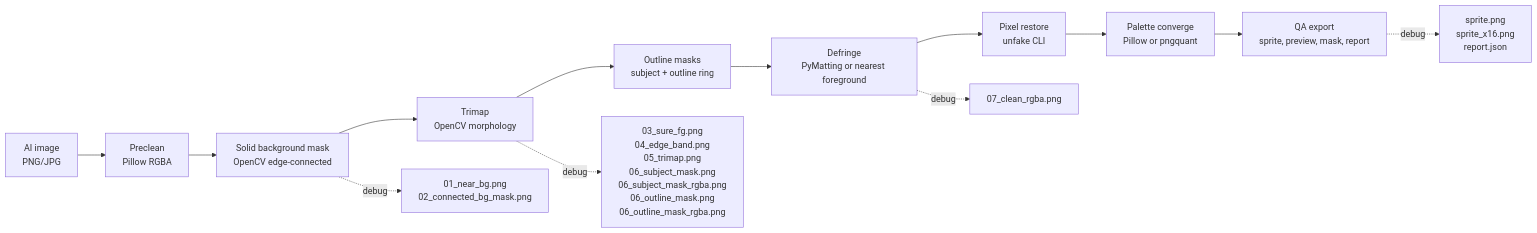
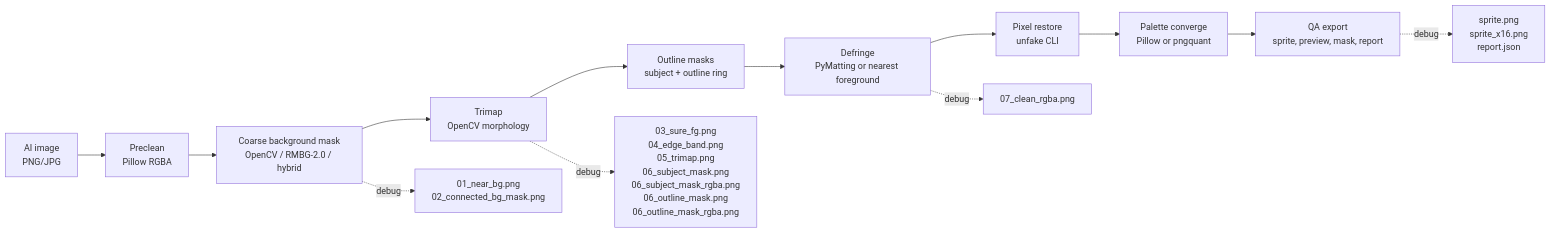
Before and after one commit to AFindex/perfect-pixel: the diagram in workflow.md, drawn with Mermaid. The commit also changed other lines of this file and 13 other files, not shown here.

Commit message:
Integrate RMBG-2.0 mask provider

````diff
--- a/workflow.md
+++ b/workflow.md
@@ -3,16 +3,16 @@
 ```mermaid
 flowchart LR
   A["AI image<br/>PNG/JPG"] --> B["Preclean<br/>Pillow RGBA"]
-  B --> C["Solid background mask<br/>OpenCV edge-connected"]
+  B --> C["Coarse background mask<br/>OpenCV / RMBG-2.0 / hybrid"]
   C --> D["Trimap<br/>OpenCV morphology"]
   D --> M["Outline masks<br/>subject + outline ring"]
   M --> E["Defringe<br/>PyMatting or nearest foreground"]
   E --> F["Pixel restore<br/>unfake CLI"]
   F --> G["Palette converge<br/>Pillow or pngquant"]
   G --> H["QA export<br/>sprite, preview, mask, report"]
 
   C -. debug .-> C1["01_near_bg.png<br/>02_connected_bg_mask.png"]
   D -. debug .-> D1["03_sure_fg.png<br/>04_edge_band.png<br/>05_trimap.png<br/>06_subject_mask.png<br/>06_subject_mask_rgba.png<br/>06_outline_mask.png<br/>06_outline_mask_rgba.png"]
   E -. debug .-> E1["07_clean_rgba.png"]
   H -. debug .-> H1["sprite.png<br/>sprite_x16.png<br/>report.json"]
 ```
````
